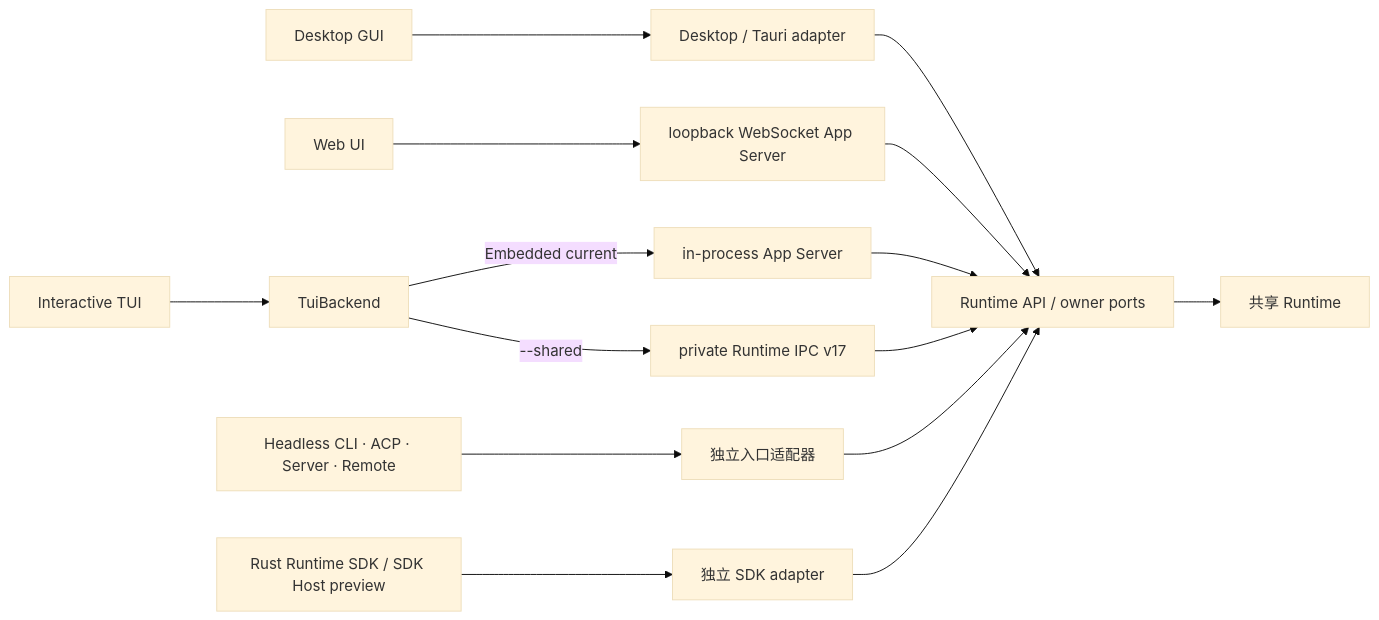
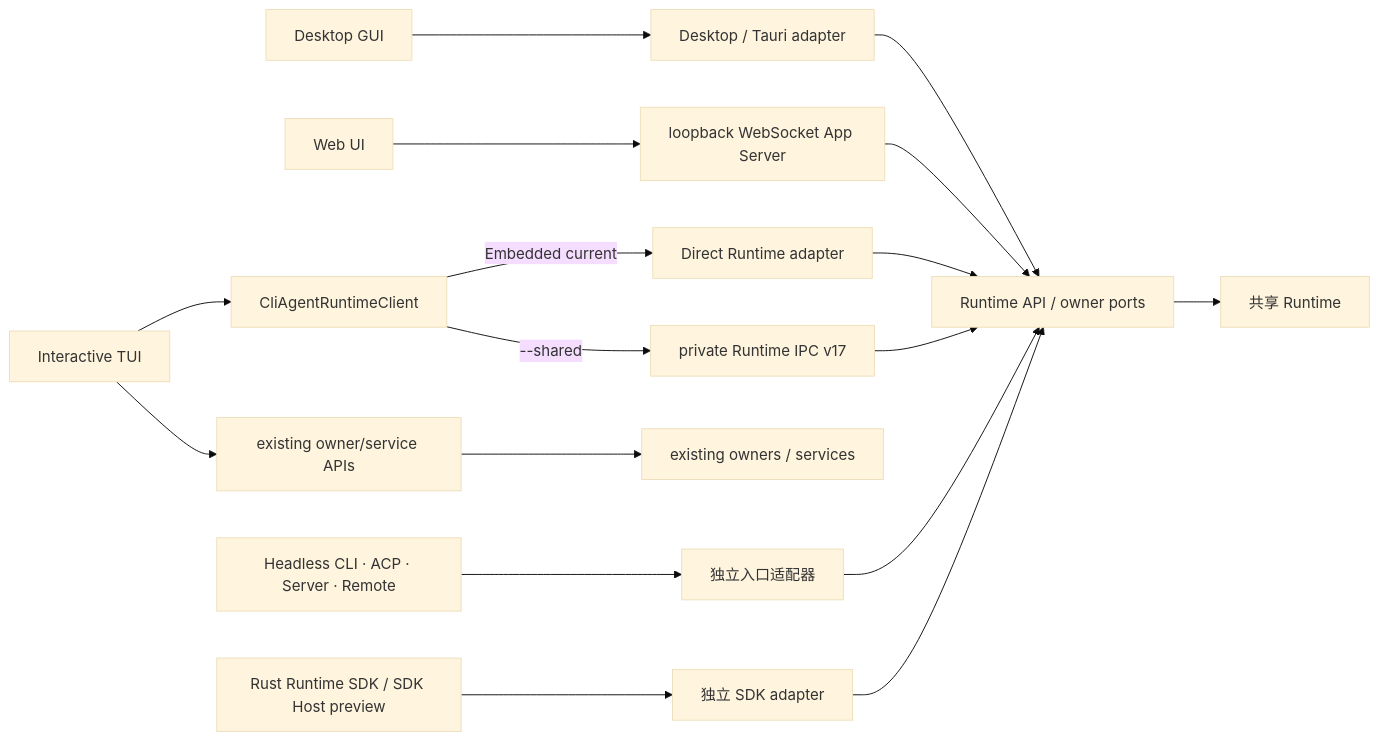
One commit to 1688mengdie/BitFun changed the sixth of 16 diagrams in docs/architecture/product-architecture.md. Above: the diagram before and after it, drawn with Mermaid (base theme). The commit also changed other lines of this file and 71 other files, not shown here.

Commit message:
refactor(cli): decouple TUI runtime from app server

````diff
--- a/docs/architecture/product-architecture.md
+++ b/docs/architecture/product-architecture.md
@@ -563,17 +563,19 @@
 ```mermaid
 flowchart LR
   Desktop["Desktop GUI"] --> Tauri["Desktop / Tauri adapter"]
   Web["Web UI"] --> WebHost["loopback WebSocket App Server"]
-  TUI["Interactive TUI"] --> Backend["TuiBackend"]
-  Backend -->|"Embedded current"| EmbeddedAS["in-process App Server"]
-  Backend -->|"--shared"| SharedIPC["private Runtime IPC v17"]
+  TUI["Interactive TUI"] --> RuntimeClient["CliAgentRuntimeClient"]
+  RuntimeClient -->|"Embedded current"| Direct["Direct Runtime adapter"]
+  RuntimeClient -->|"--shared"| SharedIPC["private Runtime IPC v17"]
+  TUI --> OwnerApis["existing owner/service APIs"]
+  OwnerApis --> Owners["existing owners / services"]
   Other["Headless CLI · ACP · Server · Remote"] --> Adapter["独立入口适配器"]
   SDK["Rust Runtime SDK / SDK Host preview"] --> SDKAdapter["独立 SDK adapter"]
   Tauri --> API["Runtime API / owner ports"]
   WebHost --> API
-  EmbeddedAS --> API
+  Direct --> API
   SharedIPC --> API
   Adapter --> API
   SDKAdapter --> API
   API --> Runtime["共享 Runtime"]
 ```
````
